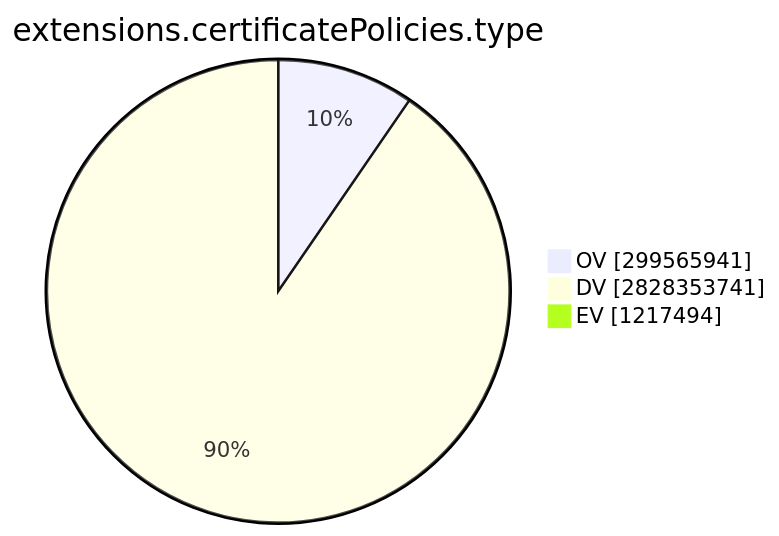
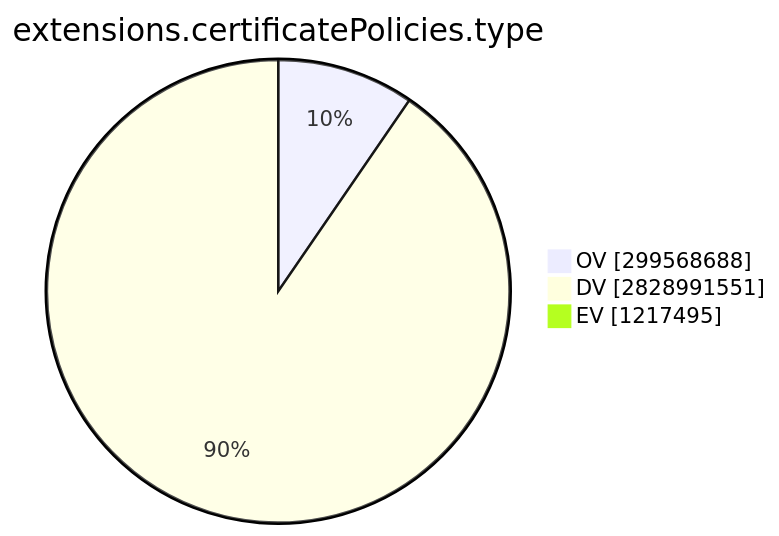
Before and after one commit to christiankrug/ctmonitor_visualization: the ninth of 15 diagrams in TOTAL/README.md, drawn with Mermaid. The commit also changed other lines of this file, not shown here.

````diff
--- a/TOTAL/README.md
+++ b/TOTAL/README.md
@@ -3101,7 +3101,7 @@
 ```mermaid
 pie showData
 title extensions.certificatePolicies.type
-"OV" :299565941
-"DV" :2828353741
-"EV" :1217494
+"OV" :299568688
+"DV" :2828991551
+"EV" :1217495
 ```
````
